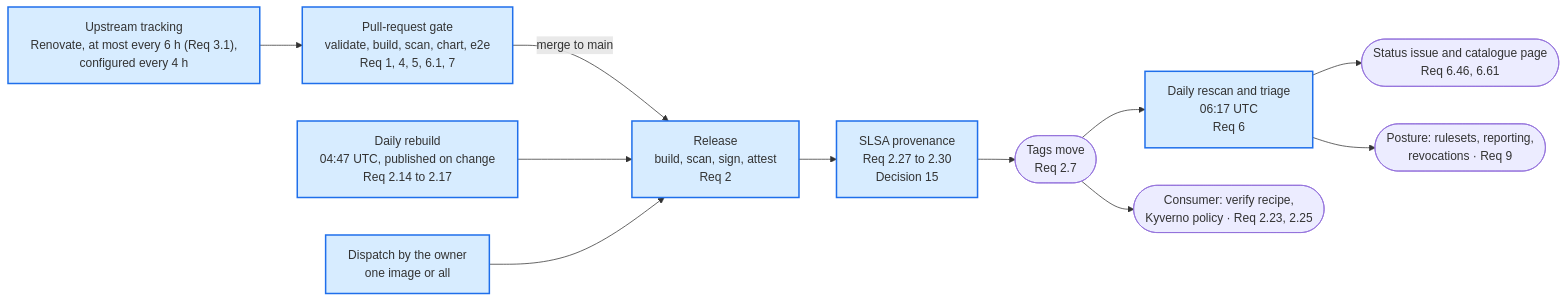
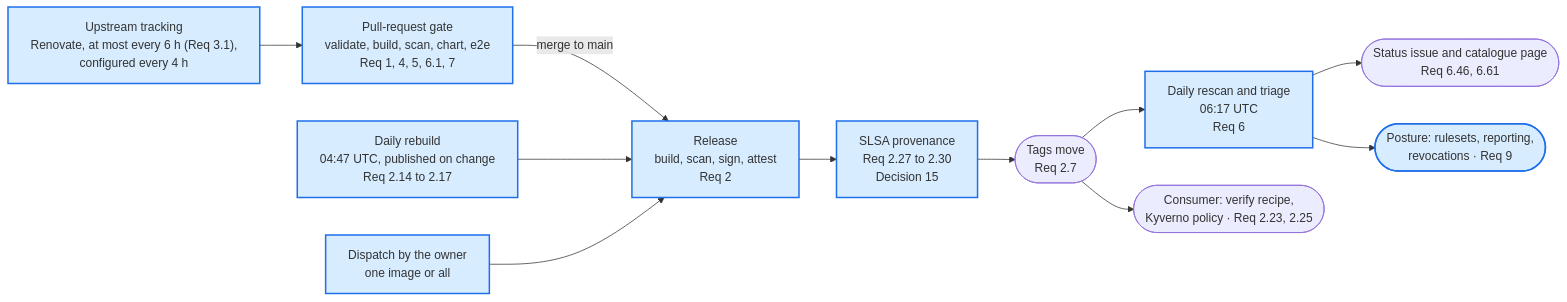
The first of 25 diagrams in docs/lanes.md (mm-weber/dhc-pipeline), drawn with Mermaid before and after one commit. The commit also changed other lines of this file, not shown here.

First line of the commit message:
docs: the posture lane drawn (plan 5.1; task 19.6)

````diff
--- a/docs/lanes.md
+++ b/docs/lanes.md
@@ -9,16 +9,16 @@
 ```mermaid
 %%{init: {"flowchart": {"wrappingWidth": 340}}}%%
 flowchart LR
     U["Upstream tracking<br/>Renovate, at most every 6 h (Req 3.1),<br/>configured every 4 h"] --> G["Pull-request gate<br/>validate, build, scan, chart, e2e<br/>Req 1, 4, 5, 6.1, 7"]
     G -->|merge to main| R["Release<br/>build, scan, sign, attest<br/>Req 2"]
     S["Daily rebuild<br/>04:47 UTC, published on change<br/>Req 2.14 to 2.17"] --> R
     DSP["Dispatch by the owner<br/>one image or all"] --> R
     R --> P["SLSA provenance<br/>Req 2.27 to 2.30<br/>Decision 15"]
     P --> T(["Tags move<br/>Req 2.7"])
     T --> D["Daily rescan and triage<br/>06:17 UTC<br/>Req 6"]
     D --> ST(["Status issue and catalogue page<br/>Req 6.46, 6.61"])
     D --> GOV(["Posture: rulesets, reporting,<br/>revocations · Req 9"])
     T --> C(["Consumer: verify recipe,<br/>Kyverno policy · Req 2.23, 2.25"])
     classDef drawn fill:#d7ecff,stroke:#1f6feb,stroke-width:2px
-    class U,G,R,S,DSP,P,D drawn
+    class U,G,R,S,DSP,P,D,GOV drawn
 ```
````
